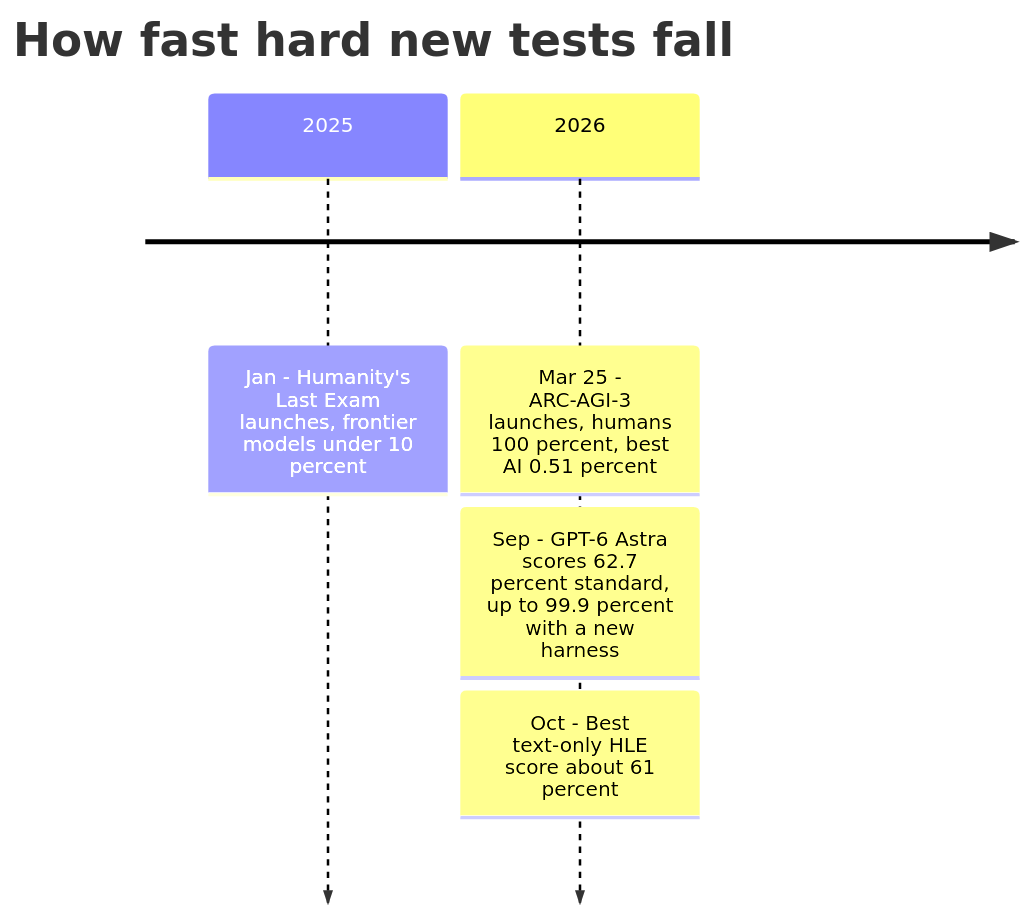
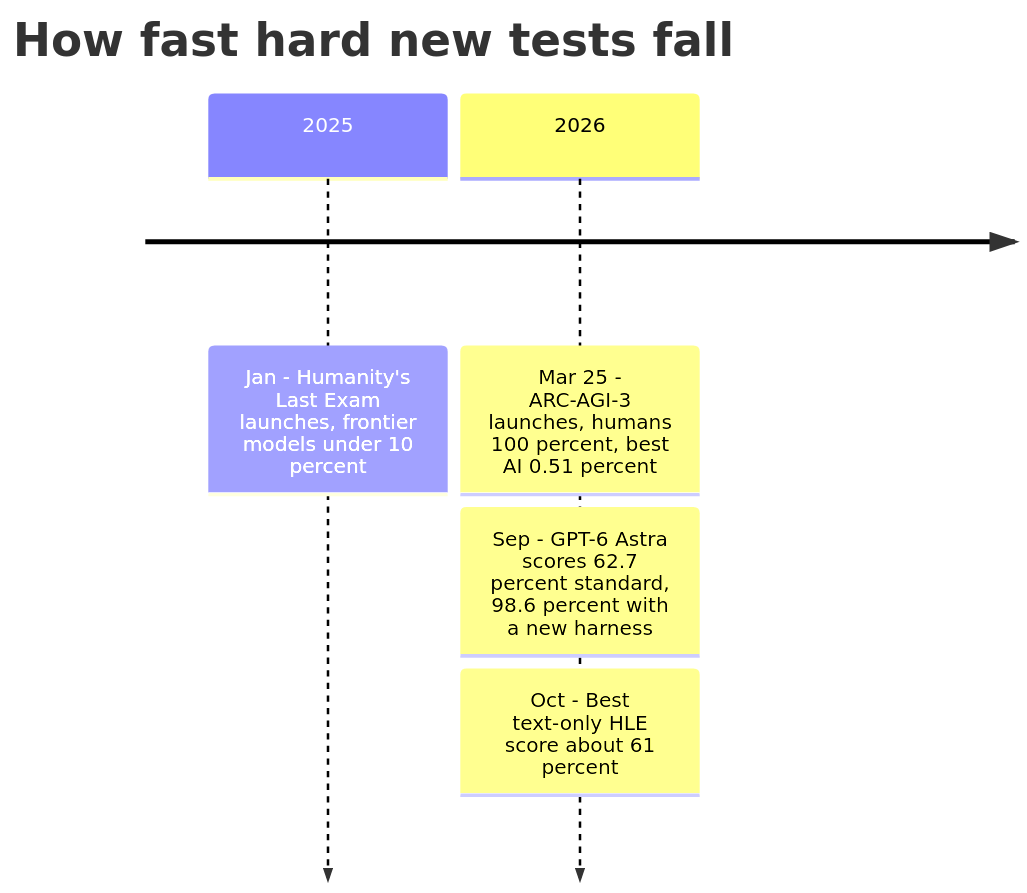
Before and after one commit to mcichael1-eng/Leash-Holder-2: the seventh of 9 diagrams in ai-book/chapters/60-work-economy-debates.md, drawn with Mermaid.

Commit message:
Verification in progress: final fixes and Parts VI-X review edits
Claude-Session: https://claude.ai/code/session_015yaa8Bs38bieoL4VcV8Xmr

````diff
--- a/ai-book/chapters/60-work-economy-debates.md
+++ b/ai-book/chapters/60-work-economy-debates.md
@@ -445,8 +445,8 @@
 ```mermaid
 timeline
     title How fast hard new tests fall
     2025 : Jan - Humanity's Last Exam launches, frontier models under 10 percent
     2026 : Mar 25 - ARC-AGI-3 launches, humans 100 percent, best AI 0.51 percent
-         : Sep - GPT-6 Astra scores 62.7 percent standard, up to 99.9 percent with a new harness
+         : Sep - GPT-6 Astra scores 62.7 percent standard, 98.6 percent with a new harness
          : Oct - Best text-only HLE score about 61 percent
 ```
````
